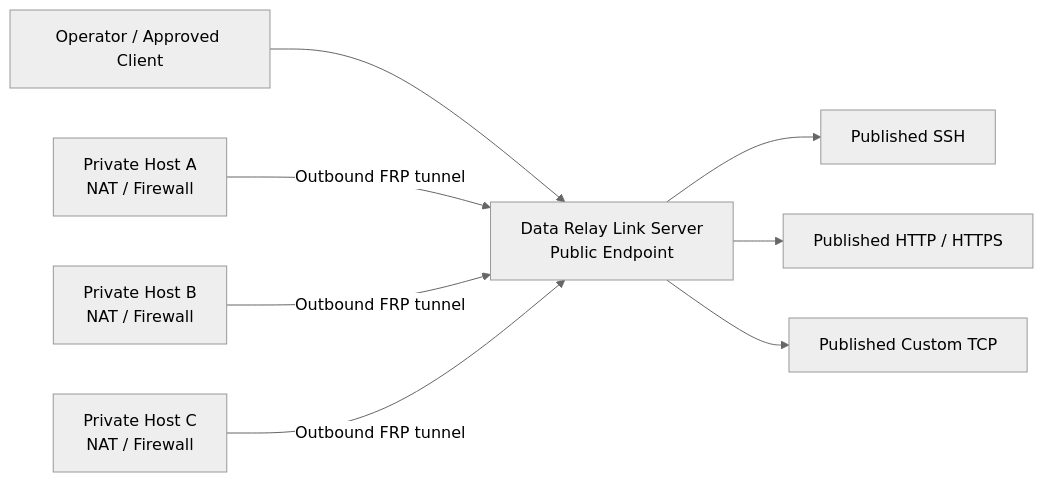
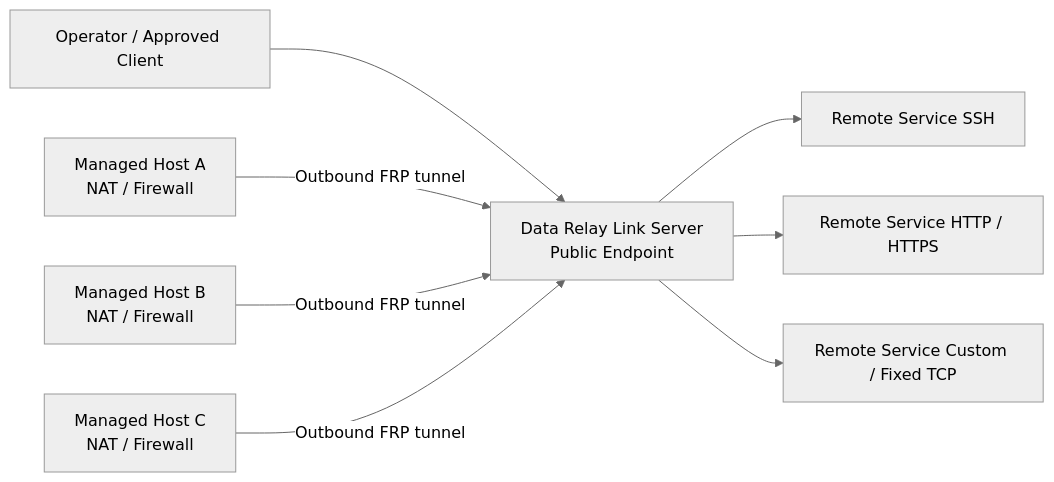
The diagram in README.ko.md (datarelay-labs/data-relay-link), drawn with Mermaid (neutral theme) before and after one commit. The commit also changed other lines of this file and 2 other files, not shown here.

````diff
--- a/README.ko.md
+++ b/README.ko.md
@@ -55,12 +80,12 @@
 ```mermaid
 flowchart LR
     O["Operator / Approved Client"] --> P["Data Relay Link Server<br/>Public Endpoint"]
 
-    A["Private Host A<br/>NAT / Firewall"] -->|Outbound FRP tunnel| P
-    B["Private Host B<br/>NAT / Firewall"] -->|Outbound FRP tunnel| P
-    C["Private Host C<br/>NAT / Firewall"] -->|Outbound FRP tunnel| P
+    A["Managed Host A<br/>NAT / Firewall"] -->|Outbound FRP tunnel| P
+    B["Managed Host B<br/>NAT / Firewall"] -->|Outbound FRP tunnel| P
+    C["Managed Host C<br/>NAT / Firewall"] -->|Outbound FRP tunnel| P
 
-    P --> S1["Published SSH"]
-    P --> S2["Published HTTP / HTTPS"]
-    P --> S3["Published Custom TCP"]
+    P --> S1["Remote Service SSH"]
+    P --> S2["Remote Service HTTP / HTTPS"]
+    P --> S3["Remote Service Custom / Fixed TCP"]
 ```
````
